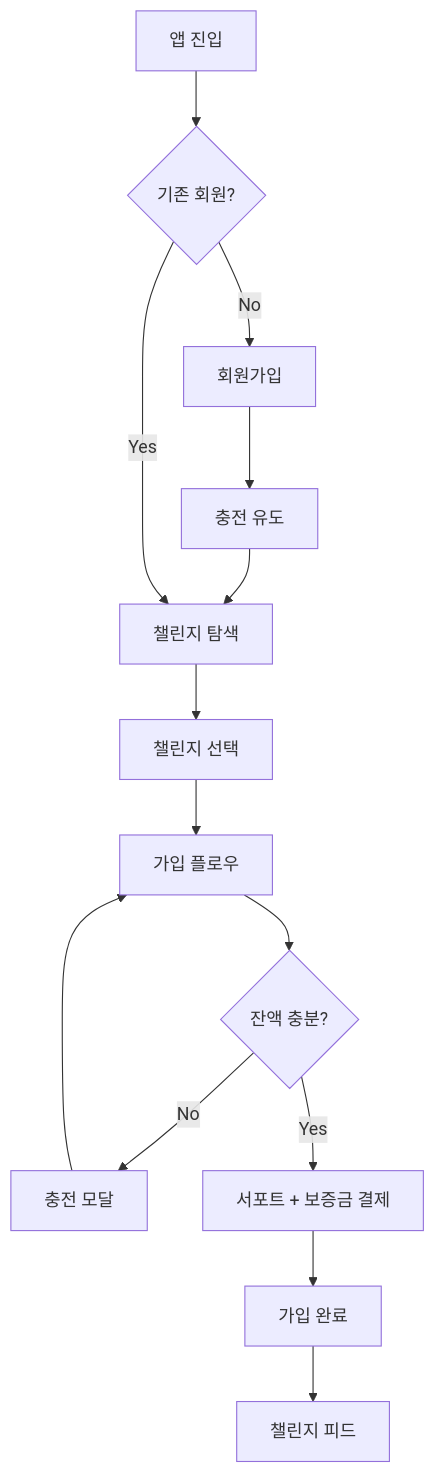
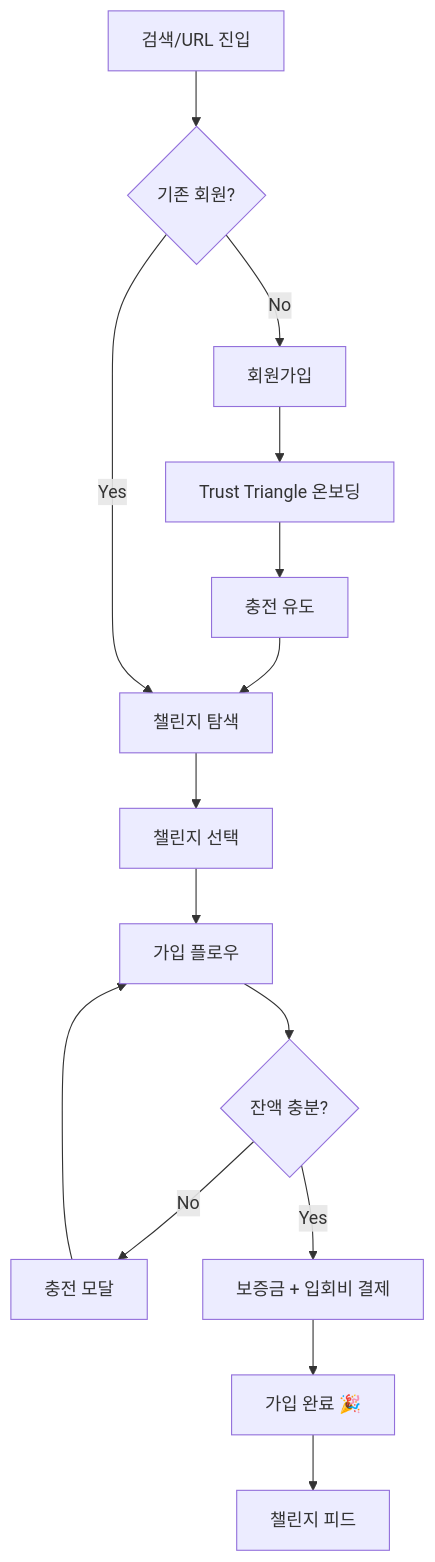
The first of 5 diagrams in docs/02_ENGINEERING/Frontend/DesignSystem/UX_FLOW.md (ParkChanNeul/woorido_frontend), drawn with Mermaid before and after one commit. The commit also changed other lines of this file and 7 other files, not shown here.

````diff
--- a/docs/02_ENGINEERING/Frontend/DesignSystem/UX_FLOW.md
+++ b/docs/02_ENGINEERING/Frontend/DesignSystem/UX_FLOW.md
@@ -33,17 +34,18 @@
 ```mermaid
 flowchart TD
-    A[앱 진입] --> B{기존 회원?}
+    A[검색/URL 진입] --> B{기존 회원?}
     B -->|No| C[회원가입]
-    C --> D[충전 유도]
-    D --> E[챌린지 탐색]
-    E --> F[챌린지 선택]
-    F --> G[가입 플로우]
-    G --> H{잔액 충분?}
-    H -->|No| I[충전 모달]
-    I --> G
-    H -->|Yes| J[서포트 + 보증금 결제]
-    J --> K[가입 완료]
-    K --> L[챌린지 피드]
+    C --> D[Trust Triangle 온보딩]
+    D --> E[충전 유도]
+    E --> F[챌린지 탐색]
+    F --> G[챌린지 선택]
+    G --> H[가입 플로우]
+    H --> I{잔액 충분?}
+    I -->|No| J[충전 모달]
+    J --> H
+    I -->|Yes| K[보증금 + 입회비 결제]
+    K --> L[가입 완료 🎉]
+    L --> M[챌린지 피드]
     
-    B -->|Yes| E
+    B -->|Yes| F
 ```
````
